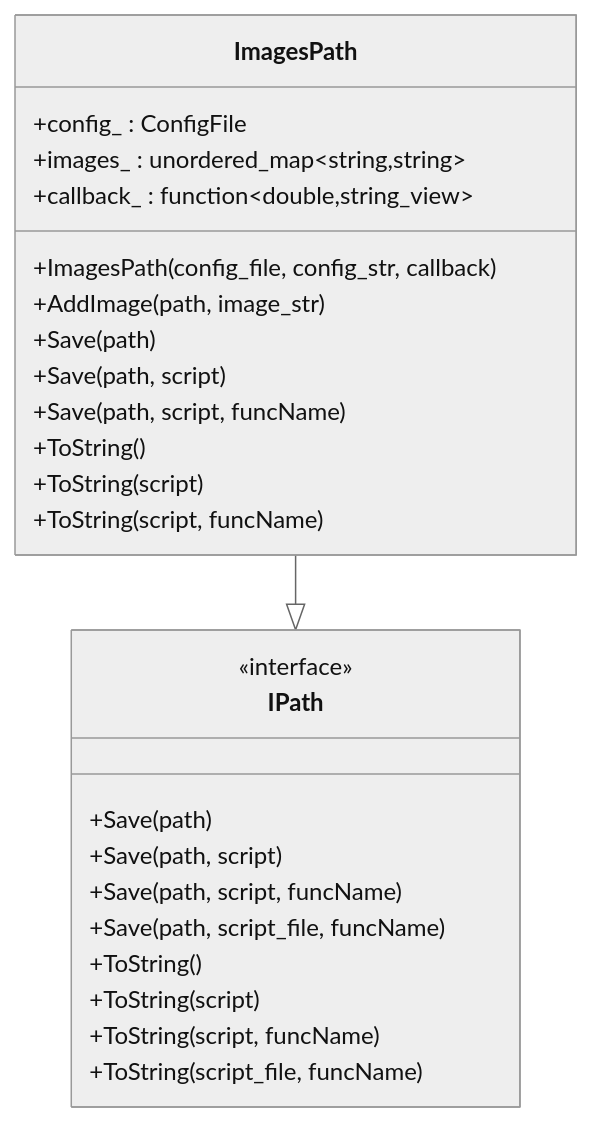
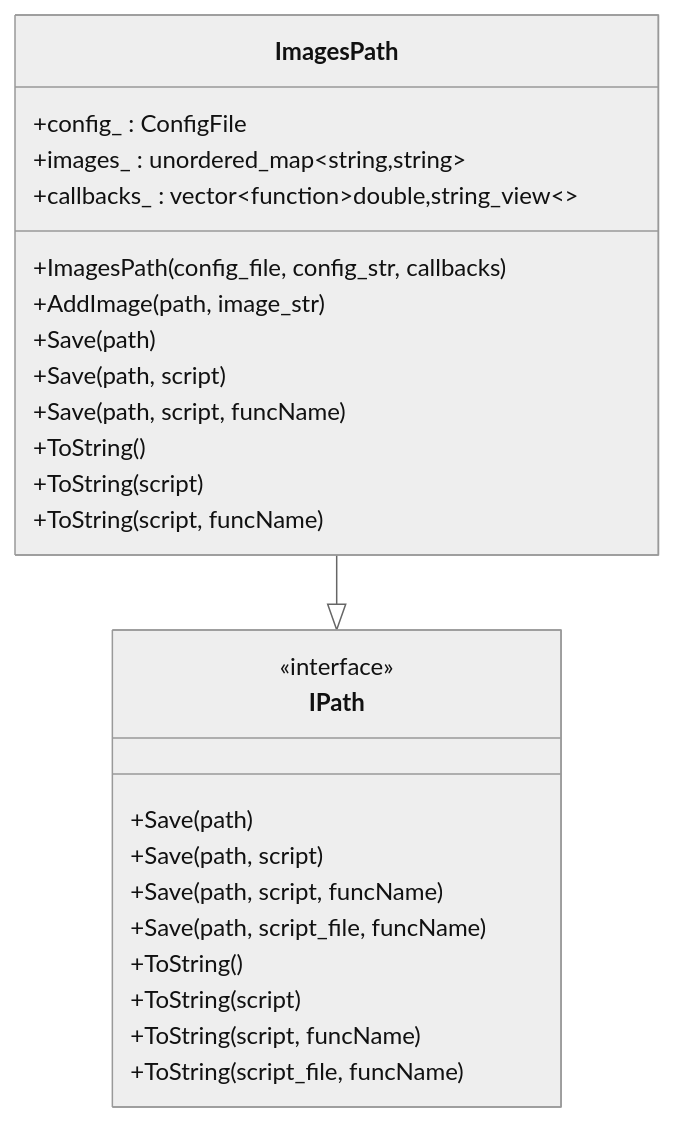
The third of 5 diagrams in .qoder/repowiki/zh/content/核心模块详解/路径输出/图像路径输出.md (hsmbanlance/HsBaSlicer), drawn with Mermaid (neutral theme) before and after one commit. The commit also changed other lines of this file and 14 other files, not shown here.

````diff
--- a/.qoder/repowiki/zh/content/核心模块详解/路径输出/图像路径输出.md
+++ b/.qoder/repowiki/zh/content/核心模块详解/路径输出/图像路径输出.md
@@ -105,28 +127,28 @@
 ```mermaid
 classDiagram
 class ImagesPath {
 +config_ : ConfigFile
 +images_ : unordered_map~string,string~
-+callback_ : function~double,string_view~
-+ImagesPath(config_file, config_str, callback)
++callbacks_ : vector~function~double,string_view~~
++ImagesPath(config_file, config_str, callbacks)
 +AddImage(path, image_str)
 +Save(path)
 +Save(path, script)
 +Save(path, script, funcName)
 +ToString()
 +ToString(script)
 +ToString(script, funcName)
 }
 class IPath {
 <<interface>>
 +Save(path)
 +Save(path, script)
 +Save(path, script, funcName)
 +Save(path, script_file, funcName)
 +ToString()
 +ToString(script)
 +ToString(script, funcName)
 +ToString(script_file, funcName)
 }
 ImagesPath --|> IPath
 ```
````
